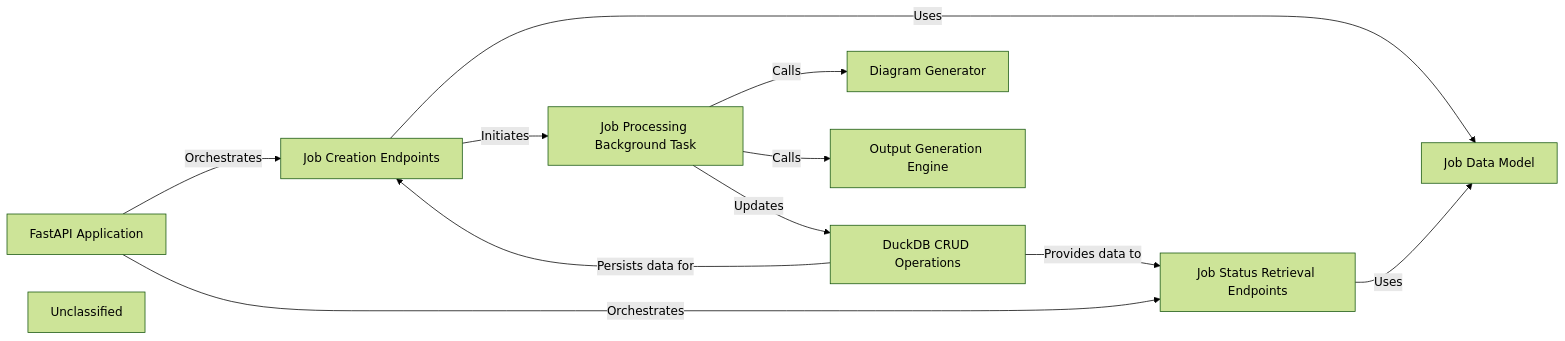
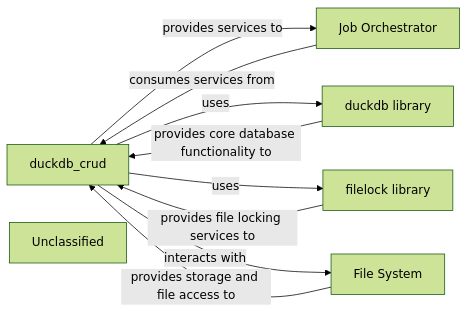
One commit to mariyam866/CodeBoarding changed the third of 7 diagrams in docs/development/architecture.md. Above: the diagram before and after it, drawn with Mermaid (forest theme). The commit also changed other lines of this file and 15 other files, not shown here.

First line of the commit message:
docs: update codeboarding documentation and generate architecture

````diff
--- a/docs/development/architecture.md
+++ b/docs/development/architecture.md
@@ -79,23 +165,17 @@
 ```mermaid
 graph LR
-    FastAPI_Application["FastAPI Application"]
-    Job_Creation_Endpoints["Job Creation Endpoints"]
-    Job_Status_Retrieval_Endpoints["Job Status Retrieval Endpoints"]
-    Job_Processing_Background_Task["Job Processing Background Task"]
-    Job_Data_Model["Job Data Model"]
-    DuckDB_CRUD_Operations["DuckDB CRUD Operations"]
-    Diagram_Generator["Diagram Generator"]
-    Output_Generation_Engine["Output Generation Engine"]
+    duckdb_crud["duckdb_crud"]
+    Job_Orchestrator["Job Orchestrator"]
+    duckdb_library["duckdb library"]
+    filelock_library["filelock library"]
+    File_System["File System"]
     Unclassified["Unclassified"]
-    FastAPI_Application -- "Orchestrates" --> Job_Creation_Endpoints
-    FastAPI_Application -- "Orchestrates" --> Job_Status_Retrieval_Endpoints
-    Job_Creation_Endpoints -- "Uses" --> Job_Data_Model
-    Job_Creation_Endpoints -- "Initiates" --> Job_Processing_Background_Task
-    Job_Status_Retrieval_Endpoints -- "Uses" --> Job_Data_Model
-    Job_Processing_Background_Task -- "Calls" --> Diagram_Generator
-    Job_Processing_Background_Task -- "Calls" --> Output_Generation_Engine
-    DuckDB_CRUD_Operations -- "Persists data for" --> Job_Creation_Endpoints
-    DuckDB_CRUD_Operations -- "Provides data to" --> Job_Status_Retrieval_Endpoints
-    Job_Processing_Background_Task -- "Updates" --> DuckDB_CRUD_Operations
-    click Output_Generation_Engine href "https://github.com/CodeBoarding/CodeBoarding/blob/main/.codeboarding/Output_Generation_Engine.md" "Details"
+    duckdb_crud -- "provides services to" --> Job_Orchestrator
+    Job_Orchestrator -- "consumes services from" --> duckdb_crud
+    duckdb_crud -- "uses" --> duckdb_library
+    duckdb_library -- "provides core database functionality to" --> duckdb_crud
+    duckdb_crud -- "uses" --> filelock_library
+    filelock_library -- "provides file locking services to" --> duckdb_crud
+    duckdb_crud -- "interacts with" --> File_System
+    File_System -- "provides storage and file access to" --> duckdb_crud
 ```
````
